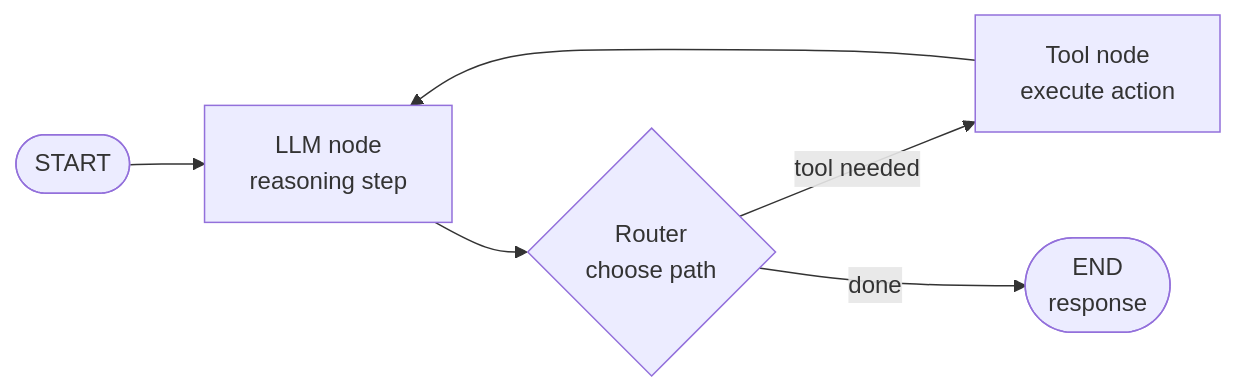
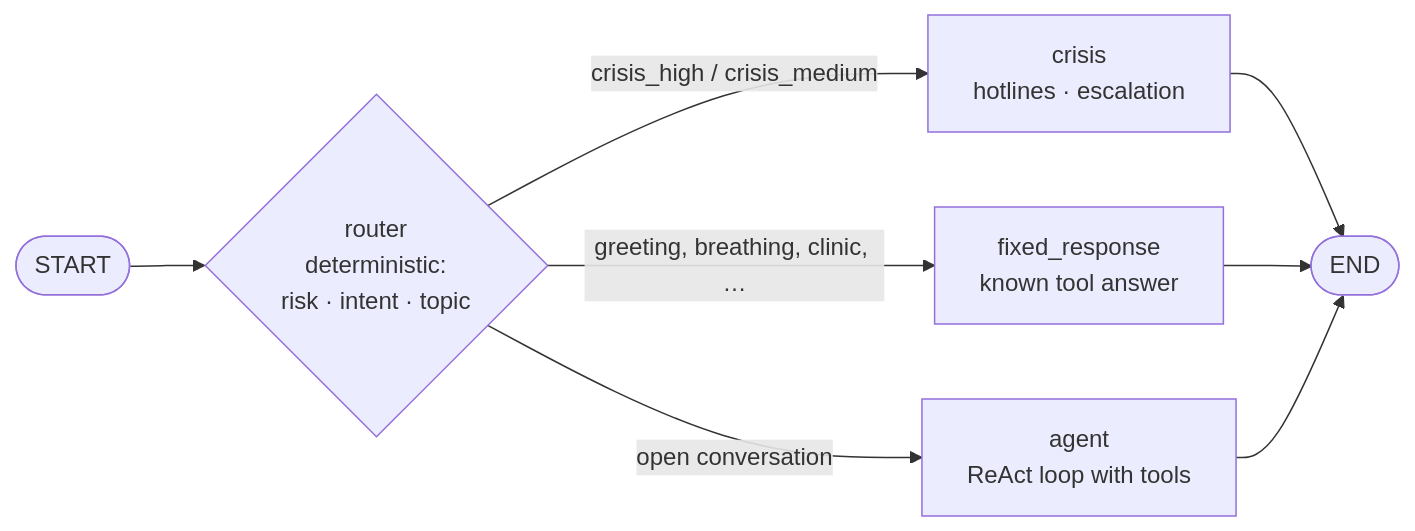
Before and after one commit to Jatin1Mathur/safespace-ai: the third of 5 diagrams in README.md, drawn with Mermaid. The commit also changed other lines of this file and 20 other files, not shown here.

First line of the commit message:
Rebuild agent as LangGraph StateGraph with typed tools, memory and evals

````diff
--- a/README.md
+++ b/README.md
@@ -134,8 +137,10 @@
 ```mermaid
 flowchart LR
-    S([START]) --> L[LLM node<br/>reasoning step]
-    L --> R{Router<br/>choose path}
-    R -->|tool needed| T[Tool node<br/>execute action]
-    T --> L
-    R -->|done| E([END<br/>response])
+    S([START]) --> R{router<br/>deterministic:<br/>risk · intent · topic}
+    R -->|crisis_high / crisis_medium| C[crisis<br/>hotlines · escalation]
+    R -->|greeting, breathing, clinic, …| F[fixed_response<br/>known tool answer]
+    R -->|open conversation| A[agent<br/>ReAct loop with tools]
+    C --> E([END])
+    F --> E
+    A --> E
 ```
````
